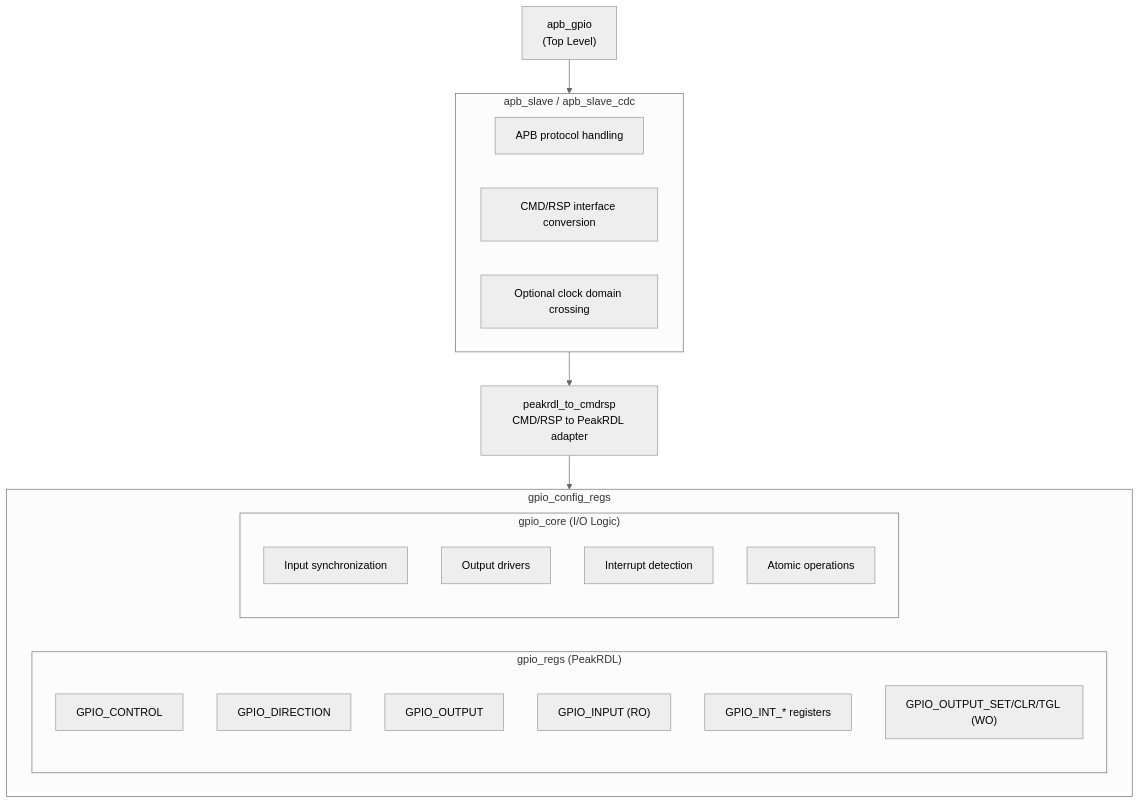
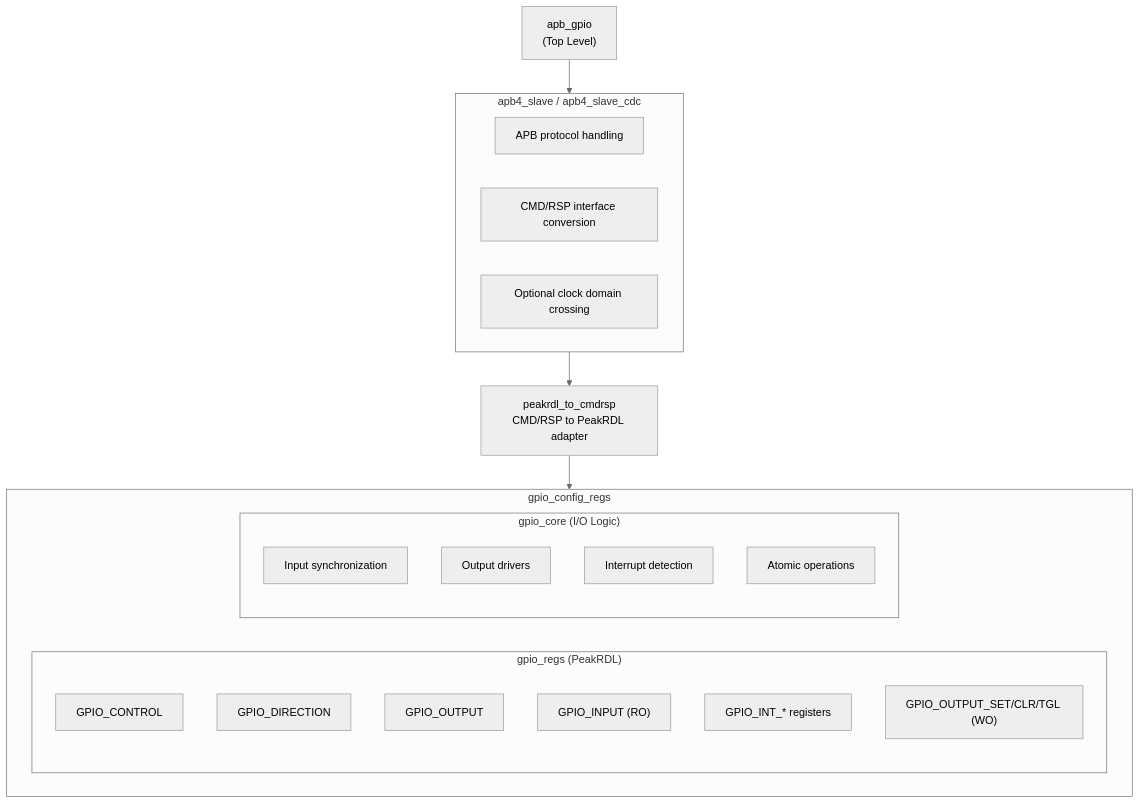
The diagram in projects/components/retro_legacy_blocks/docs/gpio_mas/assets/mermaid/gpio_module_hierarchy.mmd (sean-galloway/RTLDesignSherpa), drawn with Mermaid before and after one commit. The commit also changed 486 other files, not shown here.

```diff
--- a/projects/components/retro_legacy_blocks/docs/gpio_mas/assets/mermaid/gpio_module_hierarchy.mmd
+++ b/projects/components/retro_legacy_blocks/docs/gpio_mas/assets/mermaid/gpio_module_hierarchy.mmd
@@ -1,32 +1,32 @@
 %%{init: {'theme': 'neutral'}}%%
 flowchart TB
     APB_GPIO["apb_gpio<br/>(Top Level)"]
 
-    subgraph APB_SLAVE["apb_slave / apb_slave_cdc"]
+    subgraph APB_SLAVE["apb4_slave / apb4_slave_cdc"]
         APB_PROTO["APB protocol handling"]
         CMD_RSP["CMD/RSP interface conversion"]
         CDC_OPT["Optional clock domain crossing"]
     end
 
     PEAKRDL["peakrdl_to_cmdrsp<br/>CMD/RSP to PeakRDL adapter"]
 
     subgraph CONFIG_REGS["gpio_config_regs"]
         subgraph GPIO_REGS["gpio_regs (PeakRDL)"]
             CTRL["GPIO_CONTROL"]
             DIR["GPIO_DIRECTION"]
             OUT["GPIO_OUTPUT"]
             IN["GPIO_INPUT (RO)"]
             INT["GPIO_INT_* registers"]
             ATOMIC["GPIO_OUTPUT_SET/CLR/TGL (WO)"]
         end
         subgraph GPIO_CORE["gpio_core (I/O Logic)"]
             SYNC["Input synchronization"]
             DRV["Output drivers"]
             INT_DET["Interrupt detection"]
             ATOM_OP["Atomic operations"]
         end
     end
 
     APB_GPIO --> APB_SLAVE
     APB_SLAVE --> PEAKRDL
     PEAKRDL --> CONFIG_REGS
```
